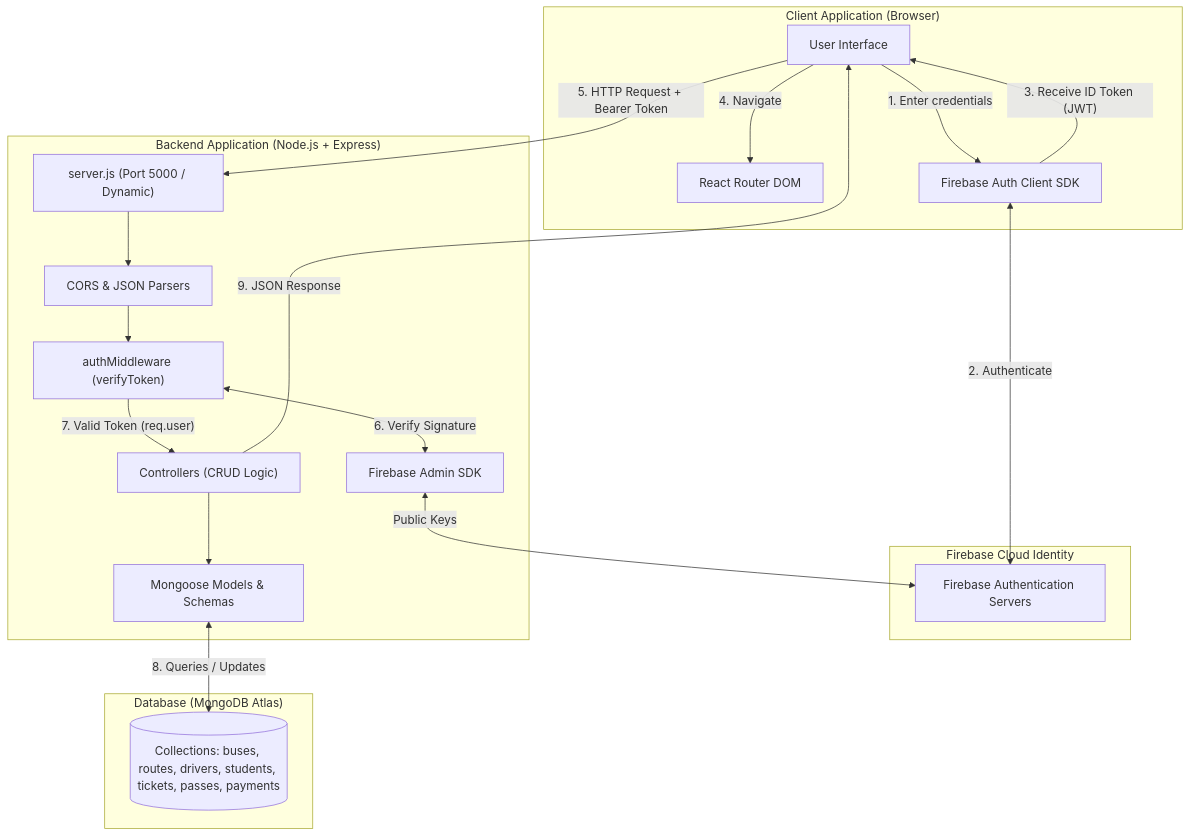
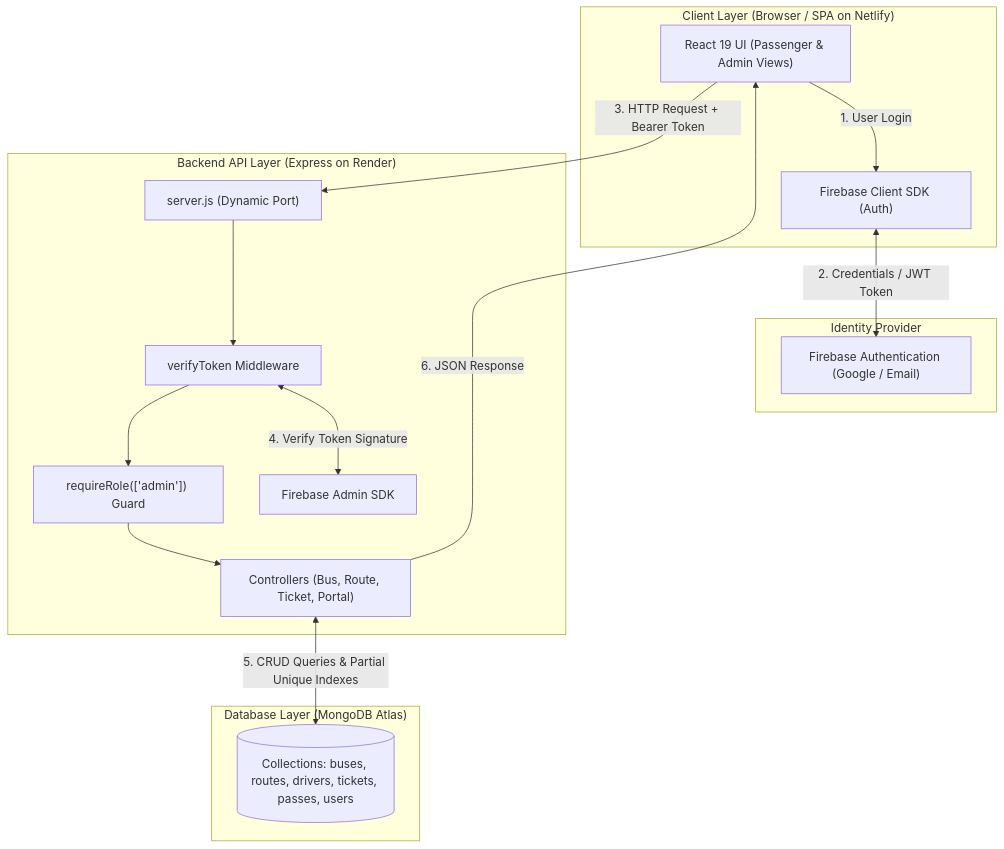
The diagram in README.md (anideva/ebus-management-system), drawn with Mermaid before and after one commit. The commit also changed other lines of this file, not shown here.

Commit message:
docs: standardize README with role matrix, architecture, local setup, and demo guide

````diff
--- a/README.md
+++ b/README.md
@@ -106,41 +128,33 @@
 ```mermaid
 flowchart TD
-    subgraph Browser ["Client Application (Browser)"]
-        User["User Interface"]
-        Router["React Router DOM"]
-        AuthClient["Firebase Auth Client SDK"]
+    subgraph Client ["Client Layer (Browser / SPA on Netlify)"]
+        UI["React 19 UI (Passenger & Admin Views)"]
+        FClient["Firebase Client SDK (Auth)"]
     end
 
-    subgraph FirebaseCloud ["Firebase Cloud Identity"]
-        FServer["Firebase Authentication Servers"]
+    subgraph Identity ["Identity Provider"]
+        FAuth["Firebase Authentication (Google / Email)"]
     end
 
-    subgraph ExpressServer ["Backend Application (Node.js + Express)"]
-        Server["server.js (Port 5000 / Dynamic)"]
-        CorsMW["CORS & JSON Parsers"]
-        AuthMW["authMiddleware (verifyToken)"]
-        AdminSDK["Firebase Admin SDK"]
-        Controllers["Controllers (CRUD Logic)"]
-        Models["Mongoose Models & Schemas"]
+    subgraph Backend ["Backend API Layer (Express on Render)"]
+        Server["server.js (Dynamic Port)"]
+        VerifyMW["verifyToken Middleware"]
+        RoleMW["requireRole(['admin']) Guard"]
+        FAdmin["Firebase Admin SDK"]
+        Controllers["Controllers (Bus, Route, Ticket, Portal)"]
     end
 
-    subgraph DatabaseCloud ["Database (MongoDB Atlas)"]
-        MongoCollections[("Collections: buses, routes, drivers, students, tickets, passes, payments")]
+    subgraph Database ["Database Layer (MongoDB Atlas)"]
+        Atlas[("Collections: buses, routes, drivers, tickets, passes, users")]
     end
 
-    User -->|"1. Enter credentials"| AuthClient
-    AuthClient <-->|"2. Authenticate"| FServer
-    AuthClient -->|"3. Receive ID Token (JWT)"| User
-    User -->|"4. Navigate"| Router
-
-    User -->|"5. HTTP Request + Bearer Token"| Server
-    Server --> CorsMW
-    CorsMW --> AuthMW
-    AuthMW <-->|"6. Verify Signature"| AdminSDK
-    AdminSDK <-->|"Public Keys"| FServer
-
-    AuthMW -->|"7. Valid Token (req.user)"| Controllers
-    Controllers --> Models
-    Models <-->|"8. Queries / Updates"| MongoCollections
-    Controllers -->|"9. JSON Response"| User
+    UI -->|"1. User Login"| FClient
+    FClient <-->|"2. Credentials / JWT Token"| FAuth
+    UI -->|"3. HTTP Request + Bearer Token"| Server
+    Server --> VerifyMW
+    VerifyMW <-->|"4. Verify Token Signature"| FAdmin
+    VerifyMW --> RoleMW
+    RoleMW --> Controllers
+    Controllers <-->|"5. CRUD Queries & Partial Unique Indexes"| Atlas
+    Controllers -->|"6. JSON Response"| UI
 ```
````
